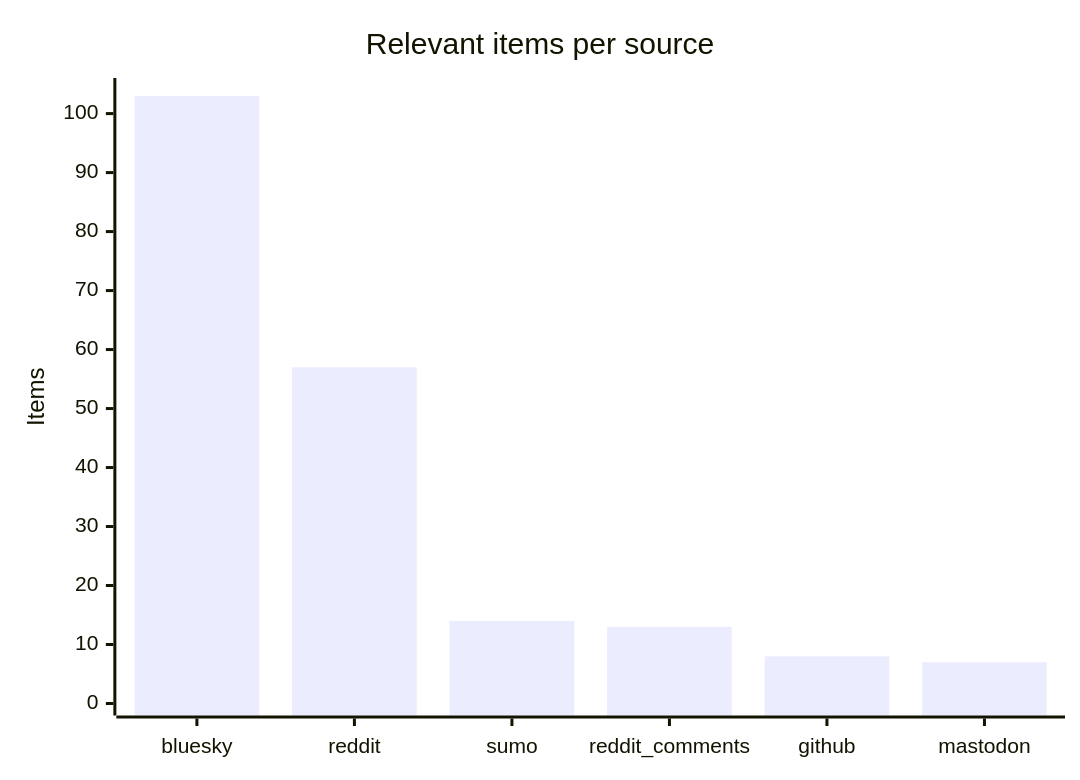
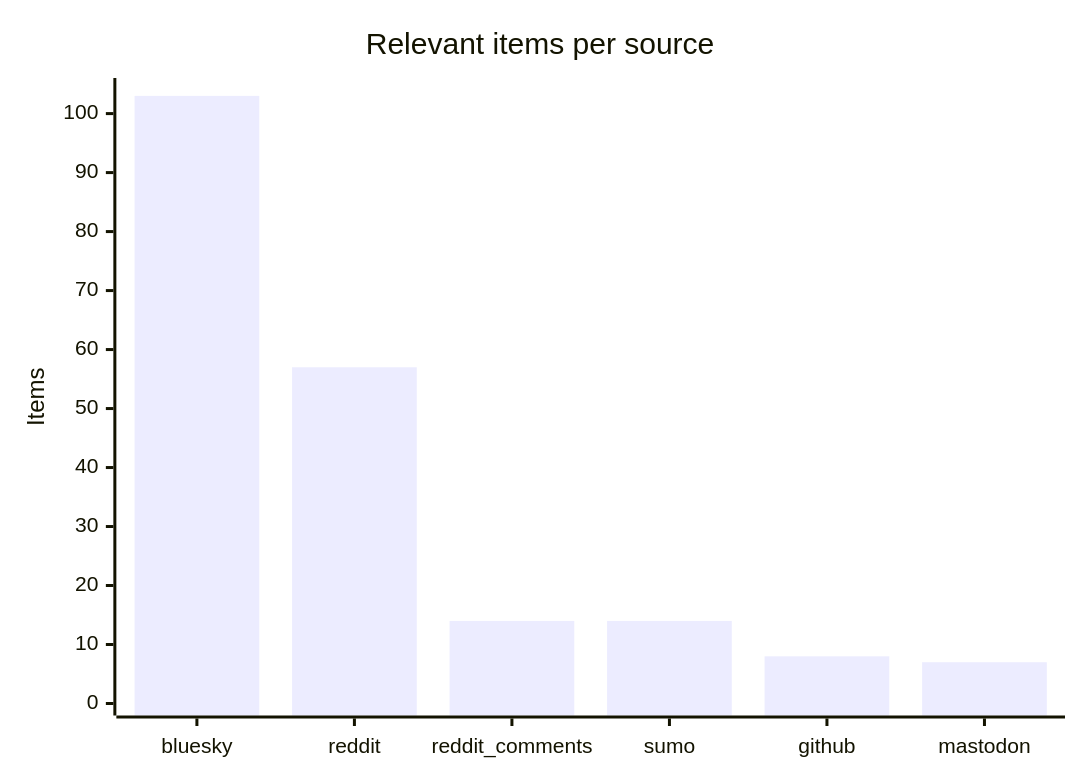
Before and after one commit to martinbalfanz/social-scanner-reports: the third of 4 diagrams in README.md, drawn with Mermaid. The commit also changed other lines of this file and 2 other files, not shown here.

````diff
--- a/README.md
+++ b/README.md
@@ -48,7 +48,7 @@
 ```mermaid
 xychart-beta
     title "Relevant items per source"
-    x-axis ["bluesky", "reddit", "sumo", "reddit_comments", "github", "mastodon"]
+    x-axis ["bluesky", "reddit", "reddit_comments", "sumo", "github", "mastodon"]
     y-axis "Items" 0 --> 104
-    bar [103, 57, 14, 13, 8, 7]
+    bar [103, 57, 14, 14, 8, 7]
 ```
````
